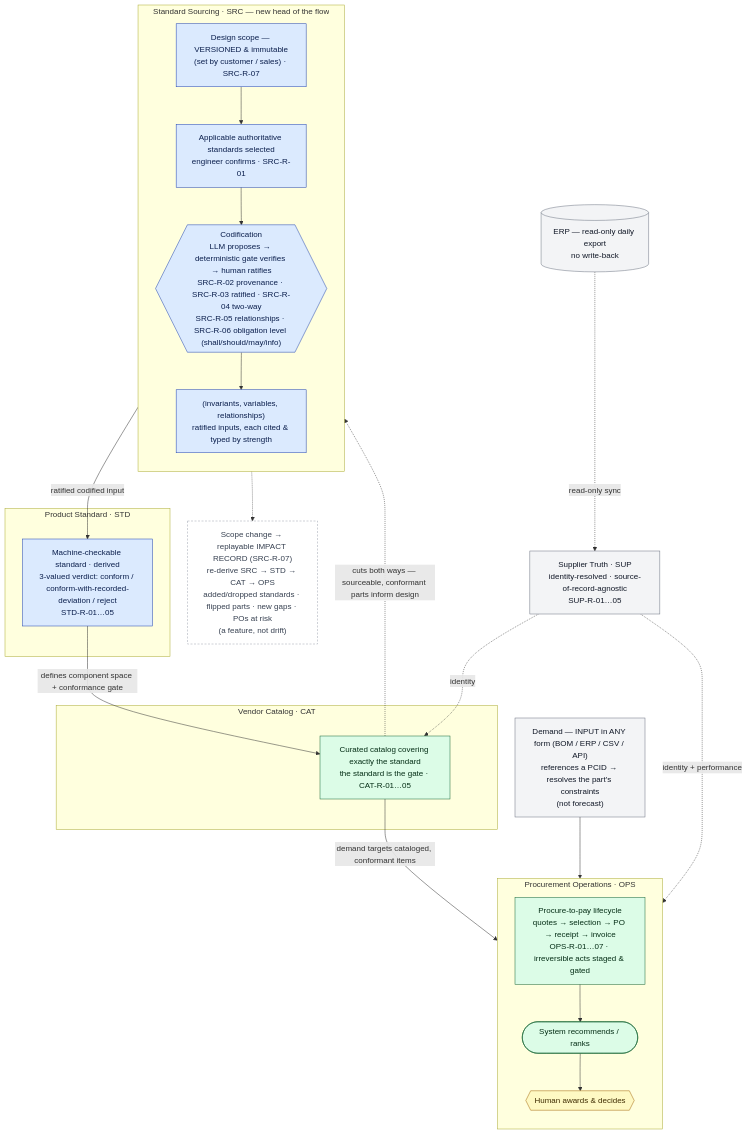
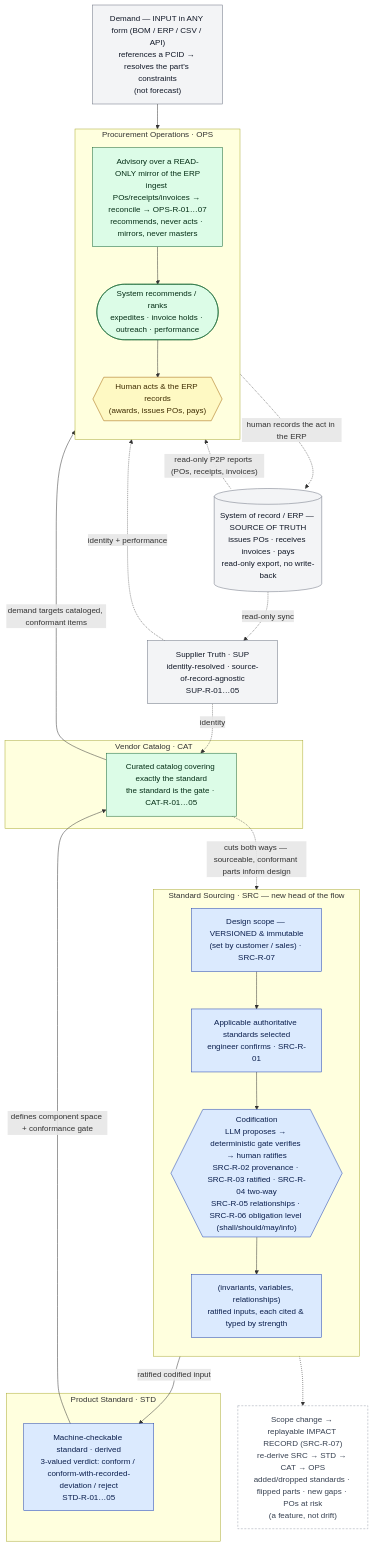
One commit to wesleytbauer/eng-procurement-demo changed the diagram in docs/workflow.md. Above: the diagram before and after it, drawn with Mermaid. The commit also changed other lines of this file and 7 other files, not shown here.

````diff
--- a/docs/workflow.md
+++ b/docs/workflow.md
@@ -11,48 +11,50 @@
 ```mermaid
 flowchart TD
     subgraph SRC["Standard Sourcing · SRC — new head of the flow"]
         direction TB
         A["Design scope — VERSIONED &amp; immutable<br/>(set by customer / sales) · SRC-R-07"]
         B["Applicable authoritative standards selected<br/>engineer confirms · SRC-R-01"]
         C{{"Codification<br/>LLM proposes → deterministic gate verifies → human ratifies<br/>SRC-R-02 provenance · SRC-R-03 ratified · SRC-R-04 two-way<br/>SRC-R-05 relationships · SRC-R-06 obligation level (shall/should/may/info)"}}
         D["(invariants, variables, relationships)<br/>ratified inputs, each cited &amp; typed by strength"]
         A --> B --> C --> D
     end
     subgraph STD["Product Standard · STD"]
         E["Machine-checkable standard · derived<br/>3-valued verdict: conform / conform-with-recorded-deviation / reject<br/>STD-R-01…05"]
     end
     subgraph CAT["Vendor Catalog · CAT"]
         F["Curated catalog covering exactly the standard<br/>the standard is the gate · CAT-R-01…05"]
     end
     subgraph OPS["Procurement Operations · OPS"]
         direction TB
-        G["Procure-to-pay lifecycle<br/>quotes → selection → PO → receipt → invoice<br/>OPS-R-01…07 · irreversible acts staged &amp; gated"]
-        H(["System recommends / ranks"])
-        I{{"Human awards &amp; decides"}}
+        G["Advisory over a READ-ONLY mirror of the ERP<br/>ingest POs/receipts/invoices → reconcile → OPS-R-01…07<br/>recommends, never acts · mirrors, never masters"]
+        H(["System recommends / ranks<br/>expedites · invoice holds · outreach · performance"])
+        I{{"Human acts &amp; the ERP records<br/>(awards, issues POs, pays)"}}
         G --> H --> I
     end
     SUP["Supplier Truth · SUP<br/>identity-resolved · source-of-record-agnostic<br/>SUP-R-01…05"]
     DEM["Demand — INPUT in ANY form (BOM / ERP / CSV / API)<br/>references a PCID → resolves the part's constraints<br/>(not forecast)"]
-    ERP[("ERP — read-only daily export<br/>no write-back")]
+    ERP[("System of record / ERP — SOURCE OF TRUTH<br/>issues POs · receives invoices · pays<br/>read-only export, no write-back")]
     D -->|"ratified codified input"| E
     E -->|"defines component space + conformance gate"| F
     F -->|"demand targets cataloged, conformant items"| G
     SUP -.->|"identity"| F
     SUP -.->|"identity + performance"| G
     ERP -.->|"read-only sync"| SUP
+    ERP -.->|"read-only P2P reports (POs, receipts, invoices)"| G
+    I -.->|"human records the act in the ERP"| ERP
     DEM --> G
     F -.->|"cuts both ways — sourceable, conformant parts inform design"| B
     RIP["Scope change → replayable IMPACT RECORD (SRC-R-07)<br/>re-derive SRC → STD → CAT → OPS<br/>added/dropped standards · flipped parts · new gaps · POs at risk<br/>(a feature, not drift)"]
     A -.-> RIP
 
     classDef eng fill:#dbeafe,stroke:#1e40af,color:#0b1f4d;
     classDef proc fill:#dcfce7,stroke:#166534,color:#052e16;
     classDef human fill:#fef9c3,stroke:#a16207,color:#3f2d02;
     classDef ext fill:#f3f4f6,stroke:#6b7280,color:#111827;
     classDef note fill:#ffffff,stroke:#9ca3af,color:#374151,stroke-dasharray:4 3;
     class A,B,C,D,E eng;
     class F,G,H proc;
     class I human;
     class SUP,DEM,ERP ext;
     class RIP note;
 ```
````
